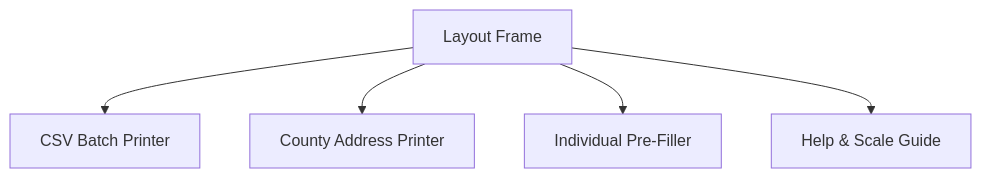
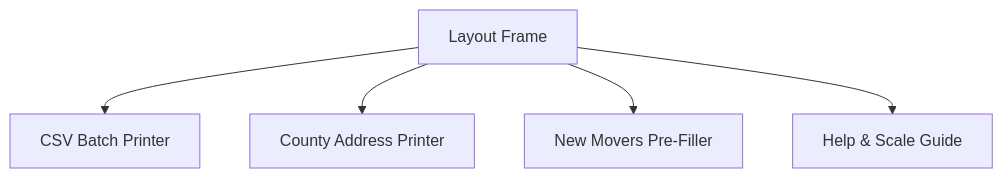
The diagram in STRATEGY.md (alphadan/mib-pdf-maker), drawn with Mermaid before and after one commit. The commit also changed 11 other files, not shown here.

````diff
--- a/STRATEGY.md
+++ b/STRATEGY.md
@@ -45,7 +45,7 @@
 ```mermaid
 graph TD
     A[Layout Frame] --> B[CSV Batch Printer]
     A --> C[County Address Printer]
-    A --> D[Individual Pre-Filler]
+    A --> D[New Movers Pre-Filler]
     A --> E[Help & Scale Guide]
 ```
````
